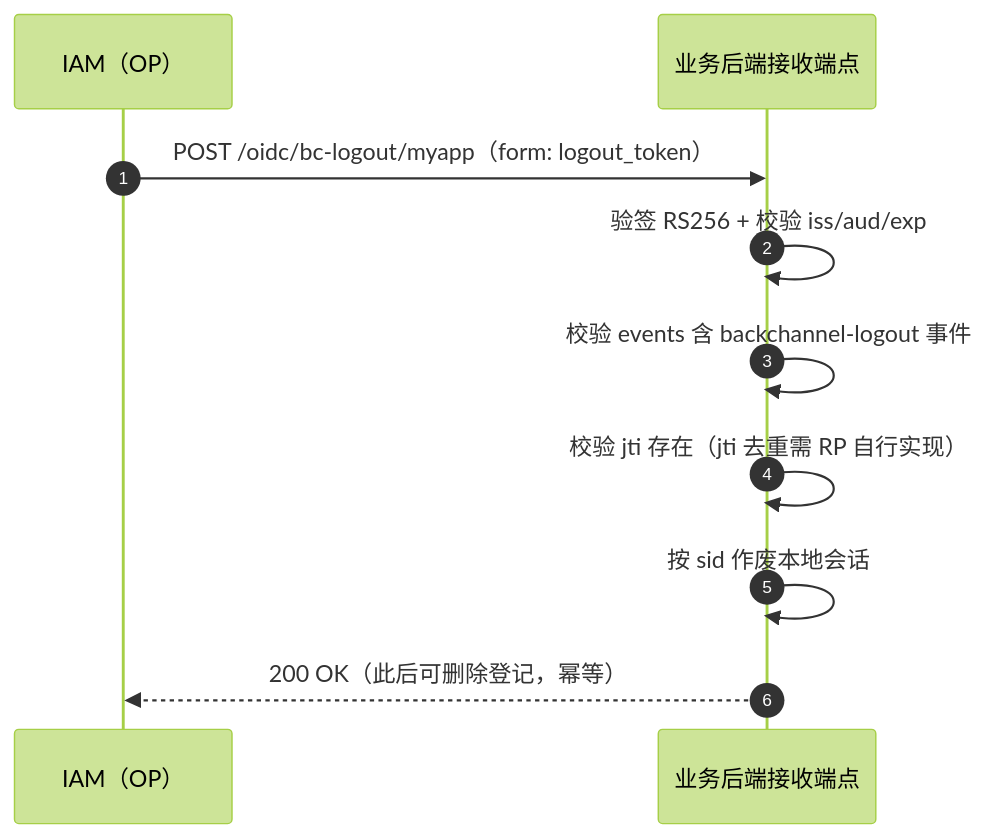
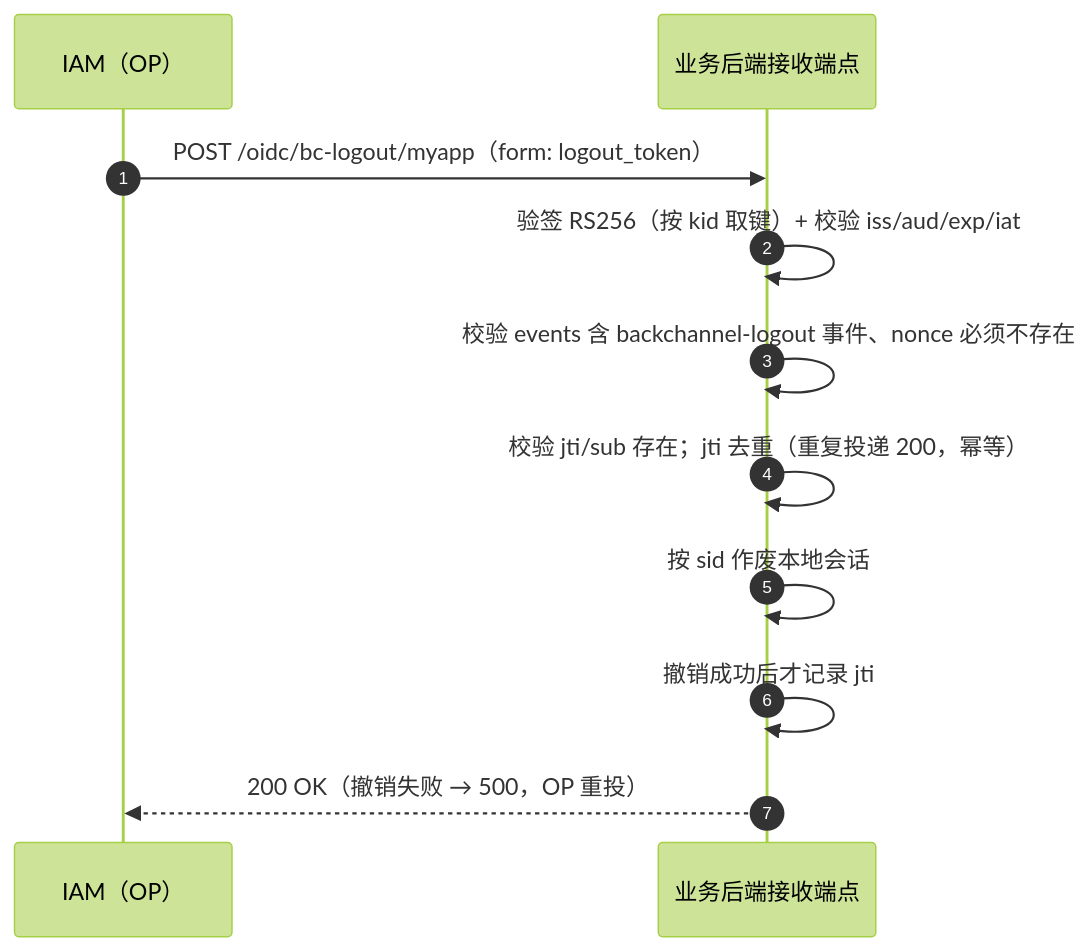
The fourth of 5 diagrams in docs/design/application-integration-guide.md (morehao/ark-iam), drawn with Mermaid (forest theme) before and after one commit. The commit also changed other lines of this file and 76 other files, not shown here.

````diff
--- a/docs/design/application-integration-guide.md
+++ b/docs/design/application-integration-guide.md
@@ -382,13 +569,14 @@
 ```mermaid
 sequenceDiagram
     autonumber
     participant OP as IAM（OP）
     participant RP as 业务后端接收端点
 
     OP->>RP: POST /oidc/bc-logout/myapp（form: logout_token）
-    RP->>RP: 验签 RS256 + 校验 iss/aud/exp
-    RP->>RP: 校验 events 含 backchannel-logout 事件
-    RP->>RP: 校验 jti 存在（jti 去重需 RP 自行实现）
+    RP->>RP: 验签 RS256（按 kid 取键）+ 校验 iss/aud/exp/iat
+    RP->>RP: 校验 events 含 backchannel-logout 事件、nonce 必须不存在
+    RP->>RP: 校验 jti/sub 存在；jti 去重（重复投递 200，幂等）
     RP->>RP: 按 sid 作废本地会话
-    RP-->>OP: 200 OK（此后可删除登记，幂等）
+    RP->>RP: 撤销成功后才记录 jti
+    RP-->>OP: 200 OK（撤销失败 → 500，OP 重投）
 ```
````
